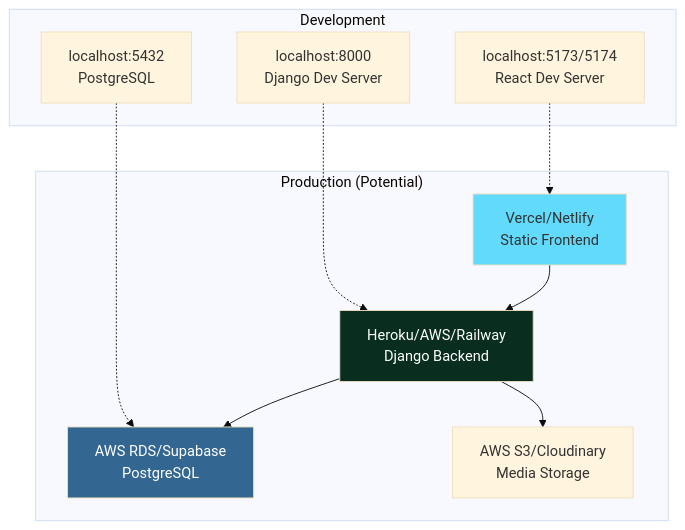
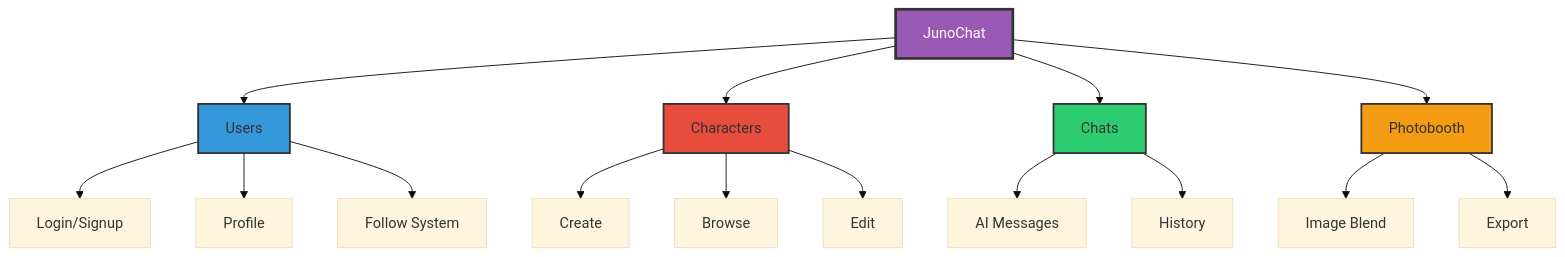
Before and after one commit to Zero123-star/JunoChat: the tenth of 10 diagrams in DIAGRAM.md, drawn with Mermaid (base theme). The commit also changed other lines of this file, not shown here.

First line of the commit message:
Simplify UML diagrams for better readability

````diff
--- a/DIAGRAM.md
+++ b/DIAGRAM.md
@@ -378,26 +270,29 @@
 ```mermaid
 graph TB
-    subgraph "Development"
-        A[localhost:5173/5174<br/>React Dev Server]
-        B[localhost:8000<br/>Django Dev Server]
-        C[localhost:5432<br/>PostgreSQL]
-    end
+    A[JunoChat]
     
-    subgraph "Production (Potential)"
-        D[Vercel/Netlify<br/>Static Frontend]
-        E[Heroku/AWS/Railway<br/>Django Backend]
-        F[AWS RDS/Supabase<br/>PostgreSQL]
-        G[AWS S3/Cloudinary<br/>Media Storage]
-    end
+    A --> B[Users]
+    A --> C[Characters]
+    A --> D[Chats]
+    A --> E[Photobooth]
     
-    A -.-> D
-    B -.-> E
-    C -.-> F
-    E --> F
-    E --> G
-    D --> E
+    B --> B1[Login/Signup]
+    B --> B2[Profile]
+    B --> B3[Follow System]
     
-    style D fill:#61dafb
-    style E fill:#092e20,color:#fff
-    style F fill:#336791,color:#fff
+    C --> C1[Create]
+    C --> C2[Browse]
+    C --> C3[Edit]
+    
+    D --> D1[AI Messages]
+    D --> D2[History]
+    
+    E --> E1[Image Blend]
+    E --> E2[Export]
+    
+    style A fill:#9b59b6,stroke:#333,stroke-width:3px,color:#fff
+    style B fill:#3498db,stroke:#333,stroke-width:2px
+    style C fill:#e74c3c,stroke:#333,stroke-width:2px
+    style D fill:#2ecc71,stroke:#333,stroke-width:2px
+    style E fill:#f39c12,stroke:#333,stroke-width:2px
 ```
````
